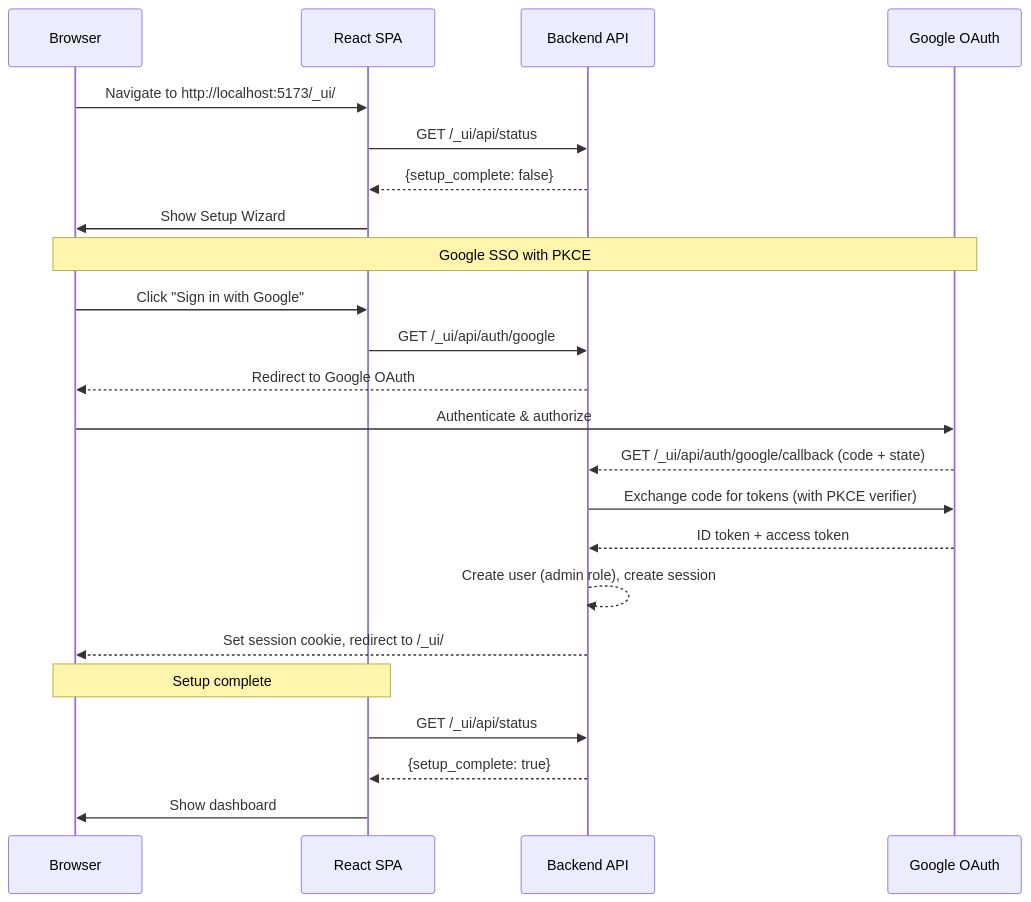
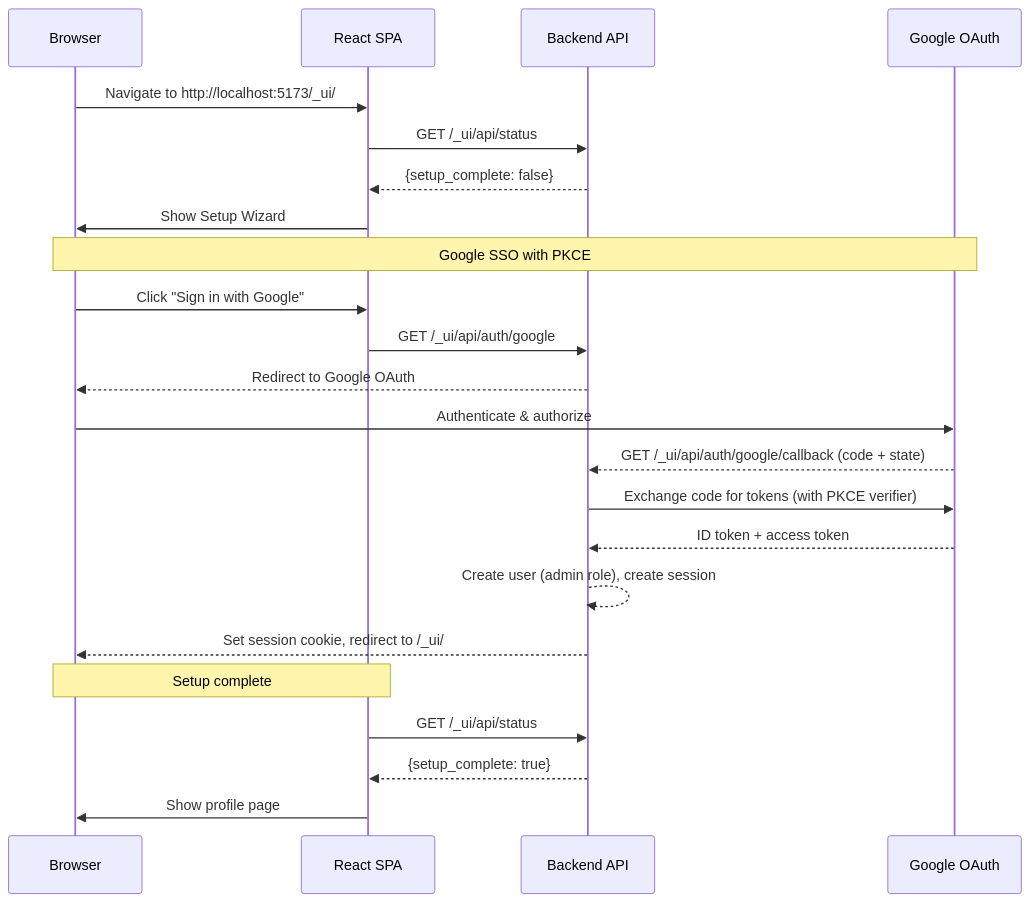
One commit to wongtsejian/rkgw changed the second of 2 diagrams in gh-pages/docs/web-ui.md. Above: the diagram before and after it, drawn with Mermaid. The commit also changed other lines of this file and 15 other files, not shown here.

````diff
--- a/gh-pages/docs/web-ui.md
+++ b/gh-pages/docs/web-ui.md
@@ -172,28 +236,28 @@
 ```mermaid
 sequenceDiagram
     participant User as Browser
     participant UI as React SPA
     participant GW as Backend API
     participant Google as Google OAuth
 
     User->>UI: Navigate to http://localhost:5173/_ui/
     UI->>GW: GET /_ui/api/status
     GW-->>UI: {setup_complete: false}
     UI->>User: Show Setup Wizard
 
     Note over User,Google: Google SSO with PKCE
     User->>UI: Click "Sign in with Google"
     UI->>GW: GET /_ui/api/auth/google
     GW-->>User: Redirect to Google OAuth
     User->>Google: Authenticate & authorize
     Google-->>GW: GET /_ui/api/auth/google/callback (code + state)
     GW->>Google: Exchange code for tokens (with PKCE verifier)
     Google-->>GW: ID token + access token
     GW-->>GW: Create user (admin role), create session
     GW-->>User: Set session cookie, redirect to /_ui/
 
     Note over User,UI: Setup complete
     UI->>GW: GET /_ui/api/status
     GW-->>UI: {setup_complete: true}
-    UI->>User: Show dashboard
+    UI->>User: Show profile page
 ```
````
